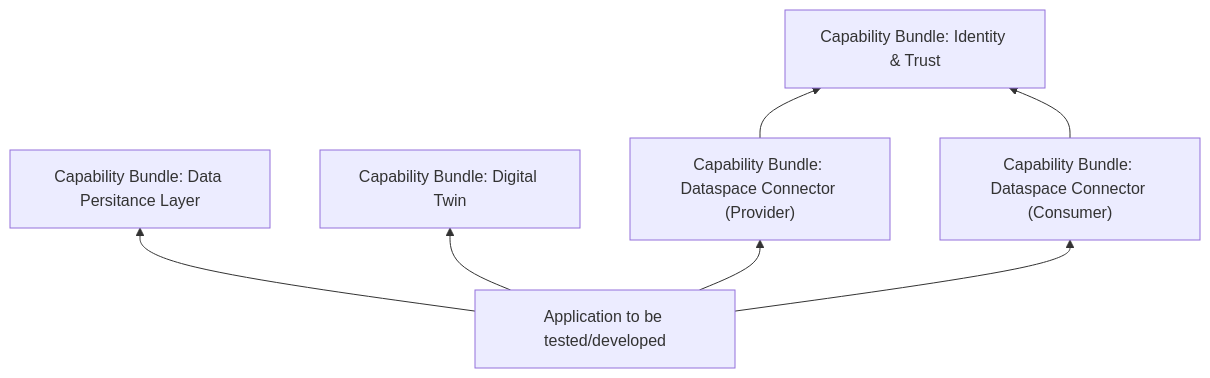
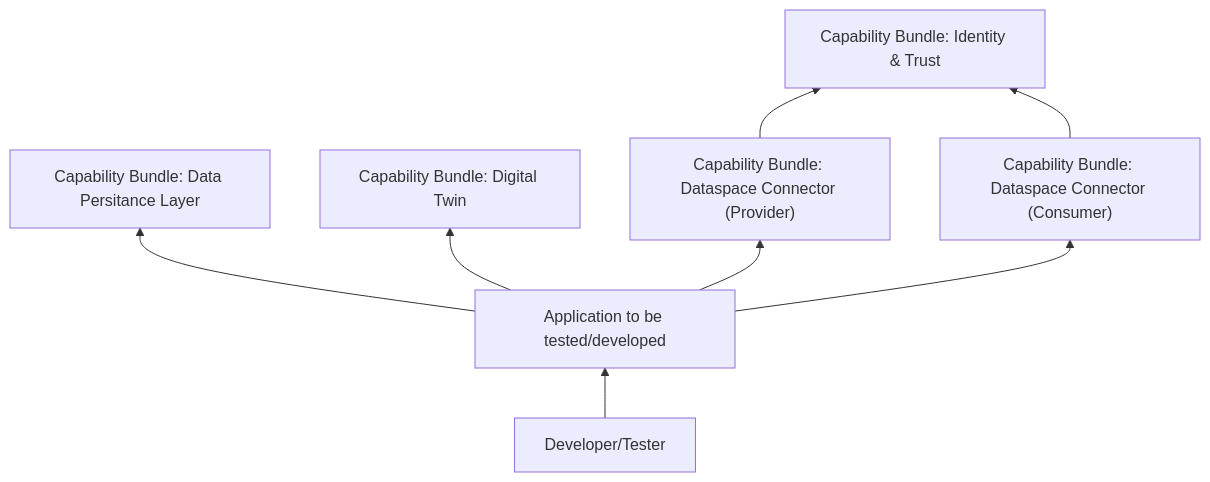
The sixth of 8 diagrams in docs/concept/TAP7.1-solution-design.md (eclipse-tractusx/tractus-x-umbrella), drawn with Mermaid before and after one commit. The commit also changed other lines of this file, not shown here.

`````diff
--- a/docs/concept/TAP7.1-solution-design.md
+++ b/docs/concept/TAP7.1-solution-design.md
@@ -387,15 +391,17 @@
 ````mermaid
 flowchart BT
     A["Capability Bundle: Identity & Trust"]
     B["Capability Bundle: Data Persitance Layer"]
     C["Application to be tested/developed"]
     D["Capability Bundle: Digital Twin"]
     E["Capability Bundle: Dataspace Connector (Provider)"]
     F["Capability Bundle: Dataspace Connector (Consumer)"]
+    G["Developer/Tester"]
     C --> B
     C --> D
     C --> E
     C --> F
     E --> A
     F --> A
+    G --> C
 ````
`````
